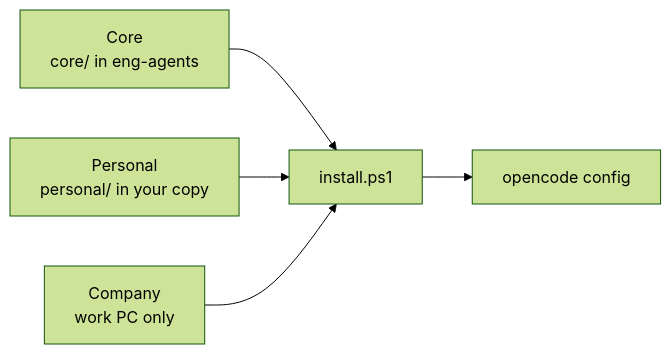
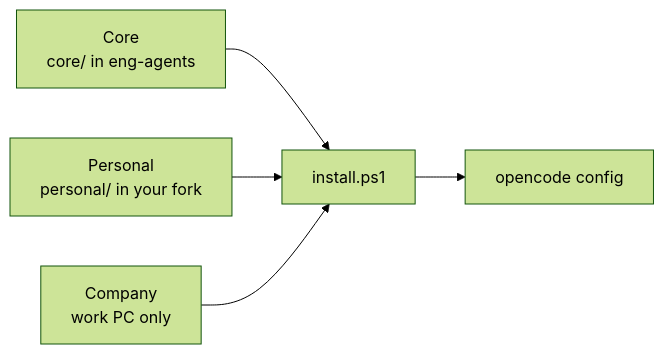
One commit to adavidson21/eng-agents changed the diagram in docs/field-guide.md. Above: the diagram before and after it, drawn with Mermaid (forest theme). The commit also changed other lines of this file and 8 other files, not shown here.

````diff
--- a/docs/field-guide.md
+++ b/docs/field-guide.md
@@ -12,7 +12,7 @@
 ```mermaid
 flowchart LR
   C["Core<br/>core/ in eng-agents"] --> I["install.ps1"]
-  P["Personal<br/>personal/ in your copy"] --> I
+  P["Personal<br/>personal/ in your fork"] --> I
   W["Company<br/>work PC only"] --> I
   I --> O["opencode config"]
 ```
````
